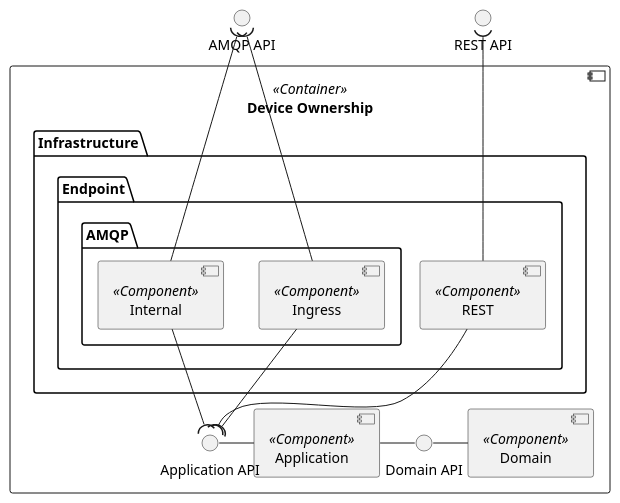
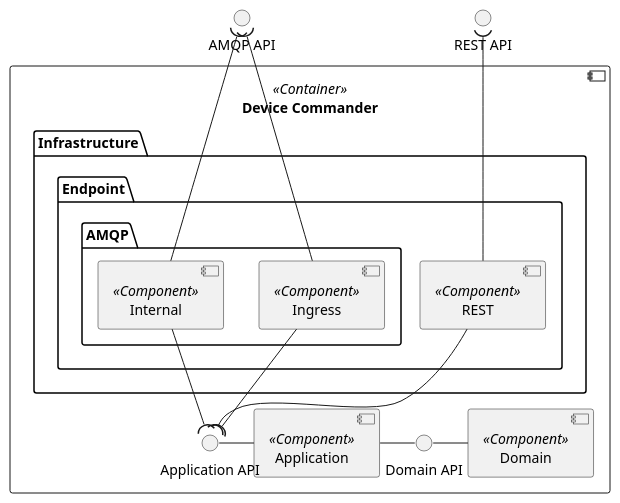
One commit to FilipeMCruz/dissertation changed the diagram in assets/diagrams/design/architectural/level3/logical/device-commander.pu. Above: the diagram before and after it, drawn with PlantUML. The commit also changed 293 other files, not shown here.

```diff
--- a/assets/diagrams/design/architectural/level3/logical/device-commander.pu
+++ b/assets/diagrams/design/architectural/level3/logical/device-commander.pu
@@ -1,37 +1,37 @@
 @startuml device-commander
 
 'left to right direction
 
 interface "AMQP API" as INGRESS_API
 interface "REST API" as REST_API
 
-component "Device Ownership" <<Container>> {
+component "Device Commander" <<Container>> {
     component "Domain" as DOM <<Component>>
     component "Application" as APP <<Component>>
     folder "Infrastructure" as INFRA {
         folder "Endpoint" as ENDPOINT {
             folder "AMQP" as AMQP {
                 component "Ingress" as INGRESS <<Component>>
                 component "Internal" as INTERNAL <<Component>>
             }
             component "REST" as REST <<Component>>
         }
     }
 
     interface "Domain API" as DOM_API
     interface "Application API" as APP_API
 
     DOM_API - DOM
     APP_API - APP
     REST_API )-- REST
 
     INGRESS_API )-- INGRESS
     INGRESS_API )-- INTERNAL
 
     APP - DOM_API
     INGRESS --( APP_API
     INTERNAL --( APP_API
     REST --( APP_API
 }
 
 @enduml
```
